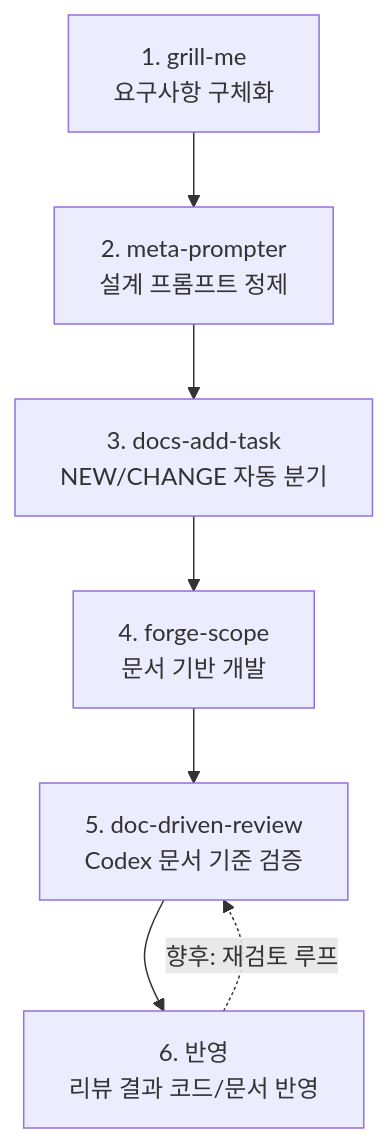
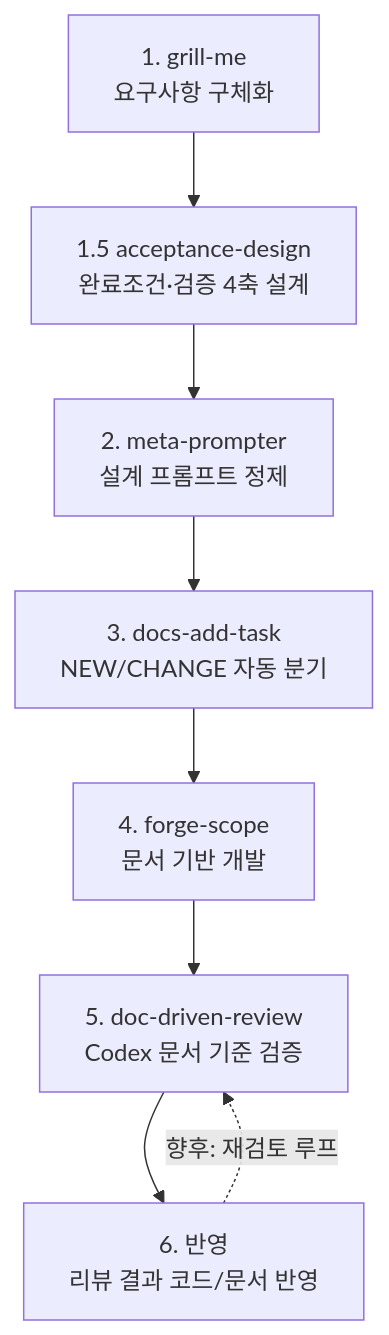
One commit to JaeCheon8587/Claudecode-For-Me changed the diagram in docs/DEVELOPMENT_PIPELINE.md. Above: the diagram before and after it, drawn with Mermaid. The commit also changed other lines of this file and 7 other files, not shown here.

First line of the commit message:
[ADD] acceptance-design 스킬 + requirement-spec 파이프라인 통합 (v2.10.0)

````diff
--- a/docs/DEVELOPMENT_PIPELINE.md
+++ b/docs/DEVELOPMENT_PIPELINE.md
@@ -27,9 +28,10 @@
 ```mermaid
 flowchart TD
-    A["1. grill-me<br/>요구사항 구체화"] --> B["2. meta-prompter<br/>설계 프롬프트 정제"]
+    A["1. grill-me<br/>요구사항 구체화"] --> A2["1.5 acceptance-design<br/>완료조건·검증 4축 설계"]
+    A2 --> B["2. meta-prompter<br/>설계 프롬프트 정제"]
     B --> C["3. docs-add-task<br/>NEW/CHANGE 자동 분기"]
     C --> F["4. forge-scope<br/>문서 기반 개발"]
     F --> G["5. doc-driven-review<br/>Codex 문서 기준 검증"]
     G --> H["6. 반영<br/>리뷰 결과 코드/문서 반영"]
     H -.->|향후: 재검토 루프| G
 ```
````
